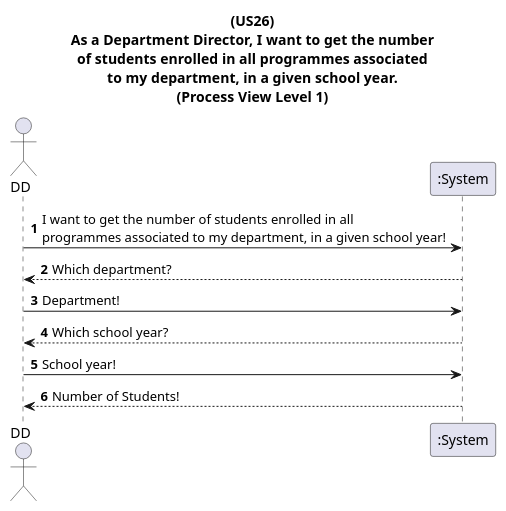
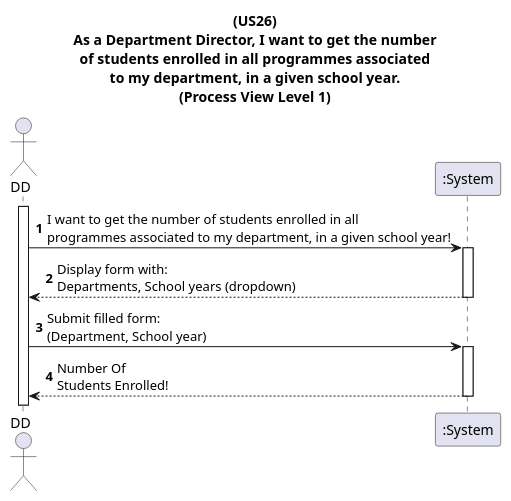
The diagram in docs/US26/Sprint6_RestAPI/ProcessView/Level1SystemContext.puml (GasparISEP/DevOps-PAI), drawn with PlantUML before and after one commit. The commit also changed 1 other file, not shown here.

Commit message:
docs: update Level 1 System Context in C4 documentation to reflect architectural changes. Refs #687

```diff
--- a/docs/US26/Sprint6_RestAPI/ProcessView/Level1SystemContext.puml
+++ b/docs/US26/Sprint6_RestAPI/ProcessView/Level1SystemContext.puml
@@ -1,22 +1,14 @@
 @startuml
 title: (US26)\nAs a Department Director, I want to get the number\nof students enrolled in all programmes associated\nto my department, in a given school year.\n(Process View Level 1)
-
-'note over System
-'As a Department Director, I want to get the number
-'of students enrolled in all programmes associated
-'to my department, in a given school year.
-'(Process View Level 1)
-'end note
 
 autonumber
 
 actor DD as DD
 participant ":System" as System
+activate DD
 
-DD -> System: I want to get the number of students enrolled in all\nprogrammes associated to my department, in a given school year!
-DD <-- System: Which department?
-DD -> System: Department!
-DD <-- System: Which school year?
-DD -> System: School year!
-DD <-- System: Number of Students!
+DD -> System ++: I want to get the number of students enrolled in all\nprogrammes associated to my department, in a given school year!
+DD <-- System --: Display form with:\nDepartments, School years (dropdown)
+DD -> System ++: Submit filled form:\n(Department, School year)
+DD <-- System --: Number Of\nStudents Enrolled!
 @enduml
```
